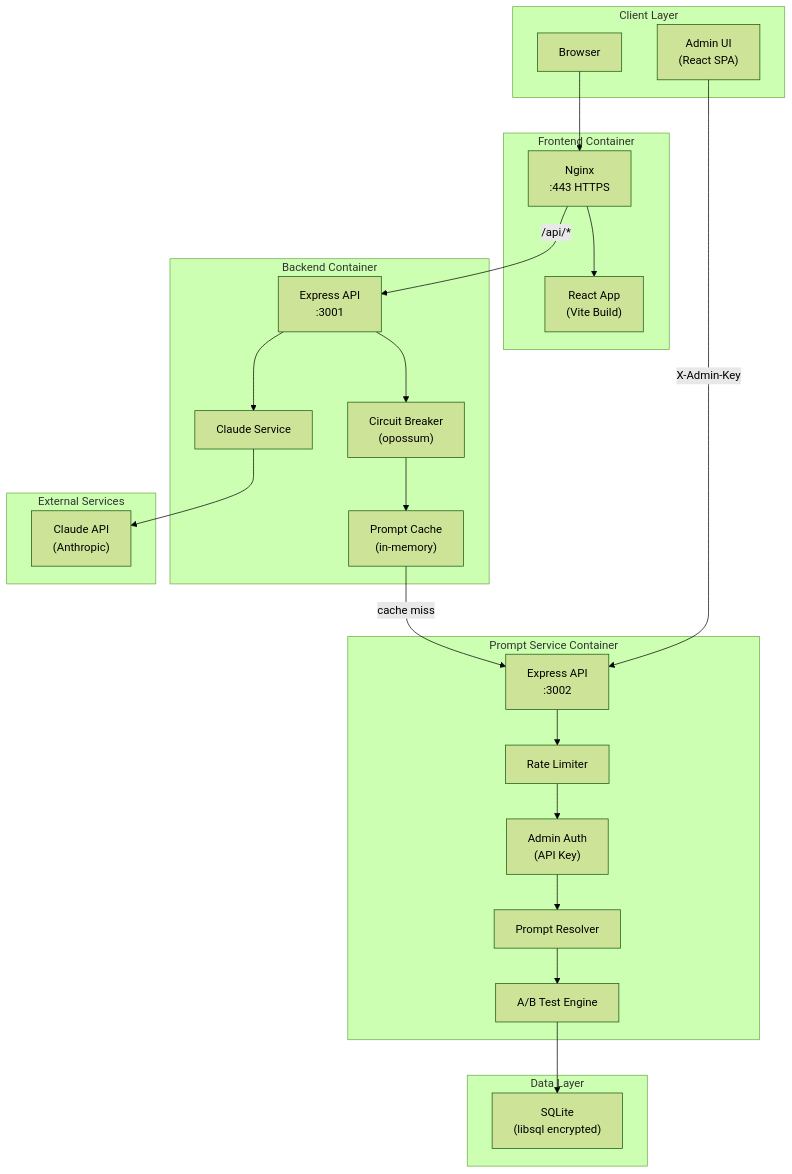
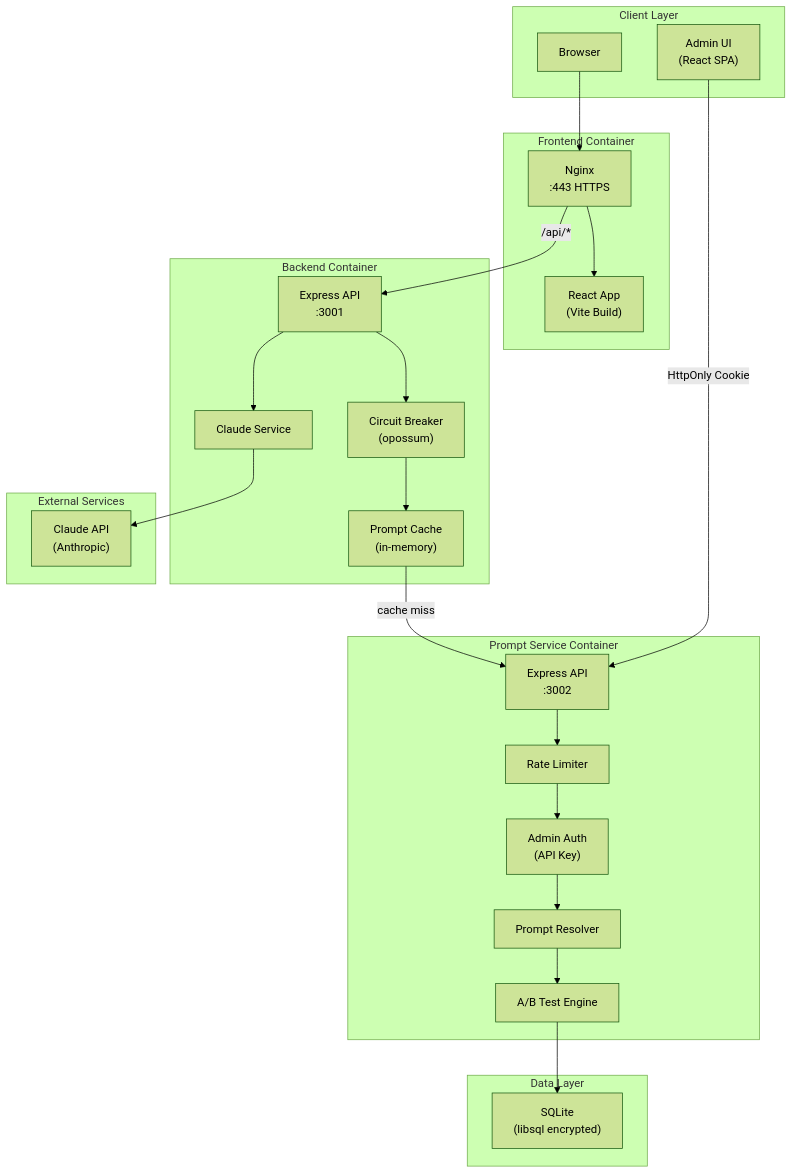
Before and after one commit to Oxilith/Votivo: the first of 7 diagrams in docs/architecture.md, drawn with Mermaid (forest theme). The commit also changed other lines of this file and 17 other files, not shown here.

First line of the commit message:
fix: replace localStorage with HttpOnly cookies for admin auth

````diff
--- a/docs/architecture.md
+++ b/docs/architecture.md
@@ -9,54 +9,54 @@
 ```mermaid
 flowchart TB
     subgraph Client["Client Layer"]
         Browser["Browser"]
         AdminUI["Admin UI<br/>(React SPA)"]
     end
 
     subgraph Frontend["Frontend Container"]
         Nginx["Nginx<br/>:443 HTTPS"]
         ReactApp["React App<br/>(Vite Build)"]
     end
 
     subgraph Backend["Backend Container"]
         Express["Express API<br/>:3001"]
         CircuitBreaker["Circuit Breaker<br/>(opossum)"]
         PromptCache["Prompt Cache<br/>(in-memory)"]
         ClaudeService["Claude Service"]
     end
 
     subgraph PromptService["Prompt Service Container"]
         PromptAPI["Express API<br/>:3002"]
         PromptResolver["Prompt Resolver"]
         ABTestEngine["A/B Test Engine"]
         AdminAuth["Admin Auth<br/>(API Key)"]
         RateLimiter["Rate Limiter"]
     end
 
     subgraph Database["Data Layer"]
         SQLite["SQLite<br/>(libsql encrypted)"]
     end
 
     subgraph External["External Services"]
         ClaudeAPI["Claude API<br/>(Anthropic)"]
     end
 
     Browser --> Nginx
     Nginx --> ReactApp
     Nginx -->|"/api/*"| Express
 
-    AdminUI -->|"X-Admin-Key"| PromptAPI
+    AdminUI -->|"HttpOnly Cookie"| PromptAPI
 
     Express --> CircuitBreaker
     CircuitBreaker --> PromptCache
     PromptCache -->|"cache miss"| PromptAPI
 
     Express --> ClaudeService
     ClaudeService --> ClaudeAPI
 
     PromptAPI --> RateLimiter
     RateLimiter --> AdminAuth
     AdminAuth --> PromptResolver
     PromptResolver --> ABTestEngine
     ABTestEngine --> SQLite
 ```
````
